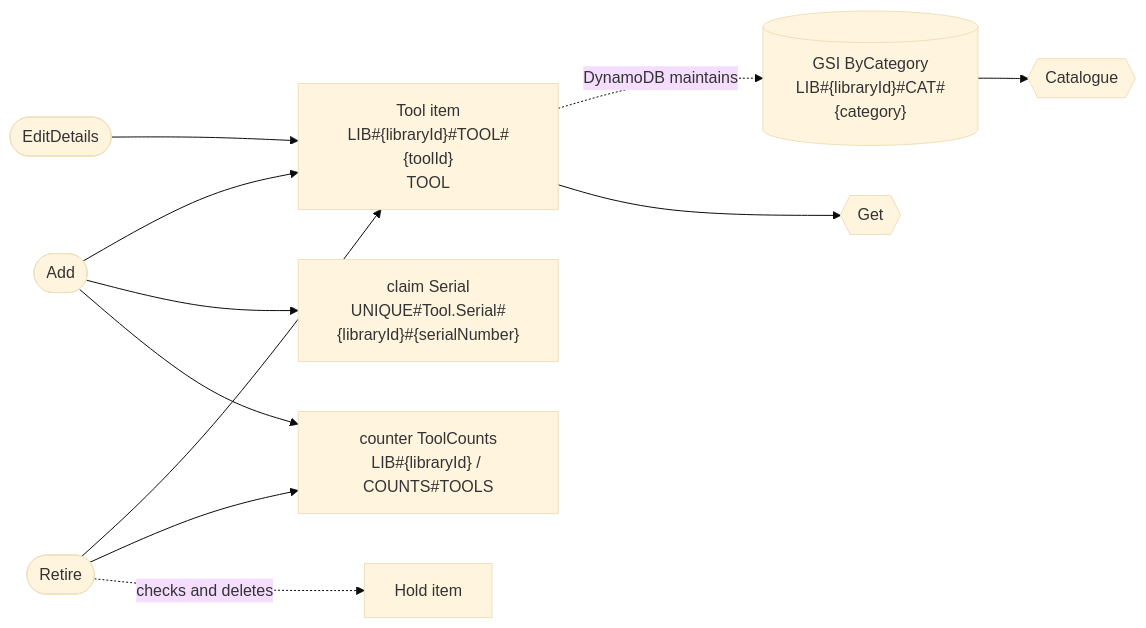
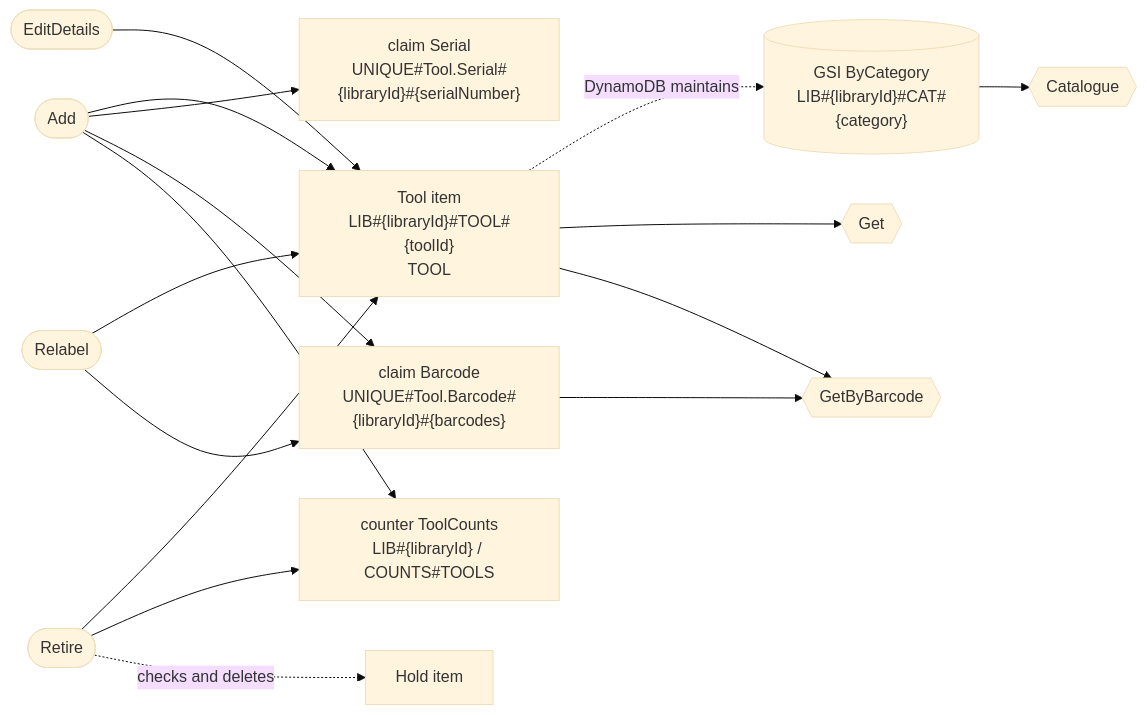
Before and after one commit to nicklanng/dynago: the third of 5 diagrams in examples/toollibrary/toollibrary.model.md, drawn with Mermaid (base theme). The commit also changed other lines of this file and 18 other files, not shown here.

First line of the commit message:
Unique string sets: one claim per element

````diff
--- a/examples/toollibrary/toollibrary.model.md
+++ b/examples/toollibrary/toollibrary.model.md
@@ -207,20 +207,25 @@
 ```mermaid
 flowchart LR
   item_Tool["Tool item<br/>LIB#35;{libraryId}#35;TOOL#35;{toolId}<br/>TOOL"]
   ix_ByCategory[("GSI ByCategory<br/>LIB#35;{libraryId}#35;CAT#35;{category}")]
   item_Tool -. DynamoDB maintains .-> ix_ByCategory
   claim_Serial["claim Serial<br/>UNIQUE#35;Tool.Serial#35;{libraryId}#35;{serialNumber}"]
+  claim_Barcode["claim Barcode<br/>UNIQUE#35;Tool.Barcode#35;{libraryId}#35;{barcodes}"]
   counter_ToolCounts["counter ToolCounts<br/>LIB#35;{libraryId} / COUNTS#35;TOOLS"]
   w_Add(["Add"])
-  w_Add --> item_Tool & claim_Serial & counter_ToolCounts
+  w_Add --> item_Tool & claim_Serial & claim_Barcode & counter_ToolCounts
   w_EditDetails(["EditDetails"])
   w_EditDetails --> item_Tool
+  w_Relabel(["Relabel"])
+  w_Relabel --> item_Tool & claim_Barcode
   w_Retire(["Retire"])
   w_Retire --> item_Tool & counter_ToolCounts
   other_Hold["Hold item"]
   w_Retire -. checks and deletes .-> other_Hold
   r_Get{{"Get"}}
   item_Tool --> r_Get
   r_Catalogue{{"Catalogue"}}
   ix_ByCategory --> r_Catalogue
+  r_GetByBarcode{{"GetByBarcode"}}
+  claim_Barcode & item_Tool --> r_GetByBarcode
 ```
````
